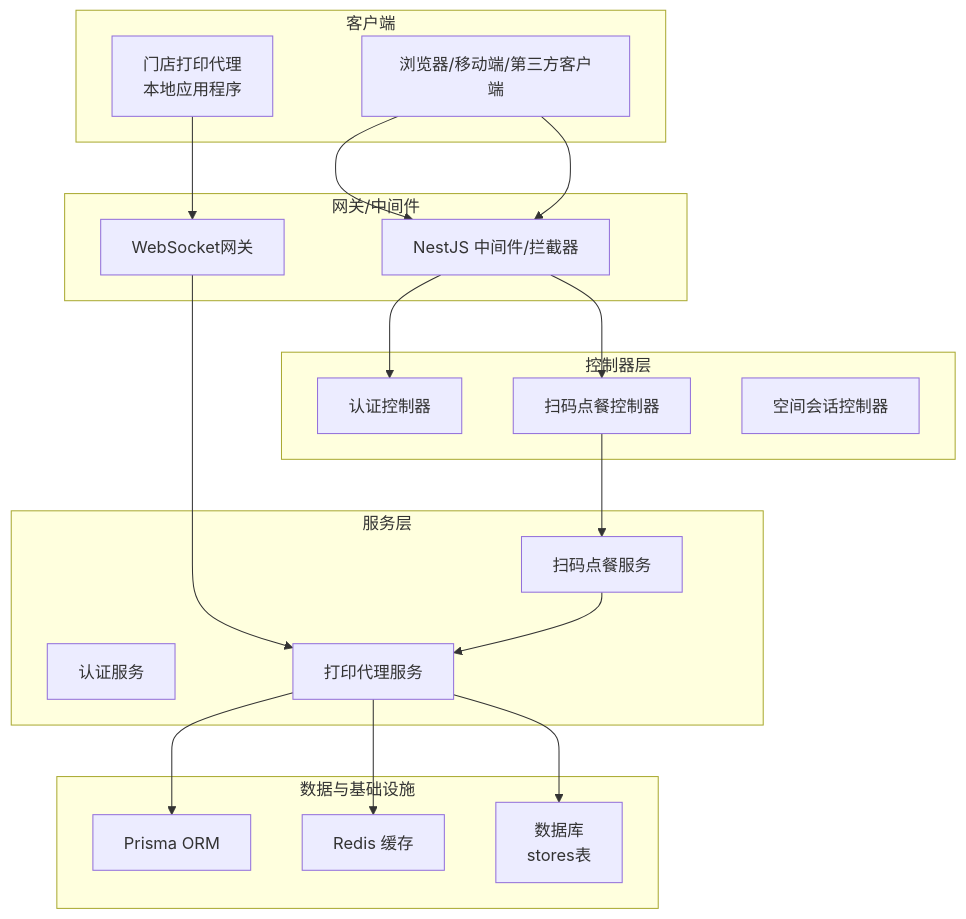
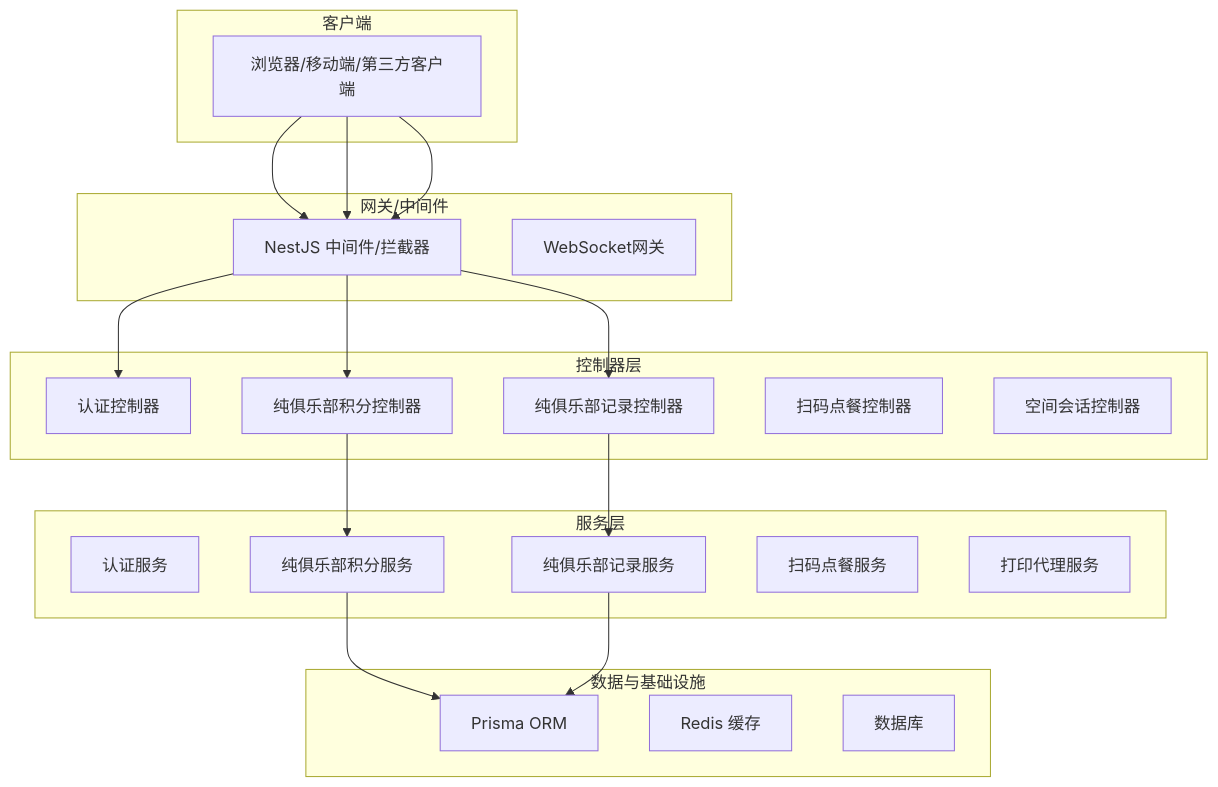
Before and after one commit to rc558620/purelyprofit-server: the second of 15 diagrams in .qoder/repowiki/zh/content/API 接口文档/API 接口文档.md, drawn with Mermaid. The commit also changed other lines of this file and 4 other files, not shown here.

````diff
--- a/.qoder/repowiki/zh/content/API 接口文档/API 接口文档.md
+++ b/.qoder/repowiki/zh/content/API 接口文档/API 接口文档.md
@@ -329,34 +333,36 @@
 ```mermaid
 graph TB
 subgraph "客户端"
 CLI["浏览器/移动端/第三方客户端"]
-AGENT["门店打印代理<br/>本地应用程序"]
 end
 subgraph "网关/中间件"
 MW["NestJS 中间件/拦截器"]
 WS["WebSocket网关"]
 end
 subgraph "控制器层"
 AC["认证控制器"]
+PC["纯俱乐部积分控制器"]
+RC["纯俱乐部记录控制器"]
 SC["扫码点餐控制器"]
 SSC["空间会话控制器"]
 end
 subgraph "服务层"
 AS["认证服务"]
+PCS["纯俱乐部积分服务"]
+RCS["纯俱乐部记录服务"]
 SOS["扫码点餐服务"]
 PAS["打印代理服务"]
 end
 subgraph "数据与基础设施"
 PRISMA["Prisma ORM"]
 REDIS["Redis 缓存"]
-DB["数据库<br/>stores表"]
+DB["数据库"]
 end
 CLI --> MW --> AC
-CLI --> MW --> SC
-AGENT --> WS --> PAS
-SC --> SOS
-SOS --> PAS
-PAS --> PRISMA
-PAS --> REDIS
-PAS --> DB
+CLI --> MW --> PC
+CLI --> MW --> RC
+PC --> PCS
+RC --> RCS
+PCS --> PRISMA
+RCS --> PRISMA
 ```
````
